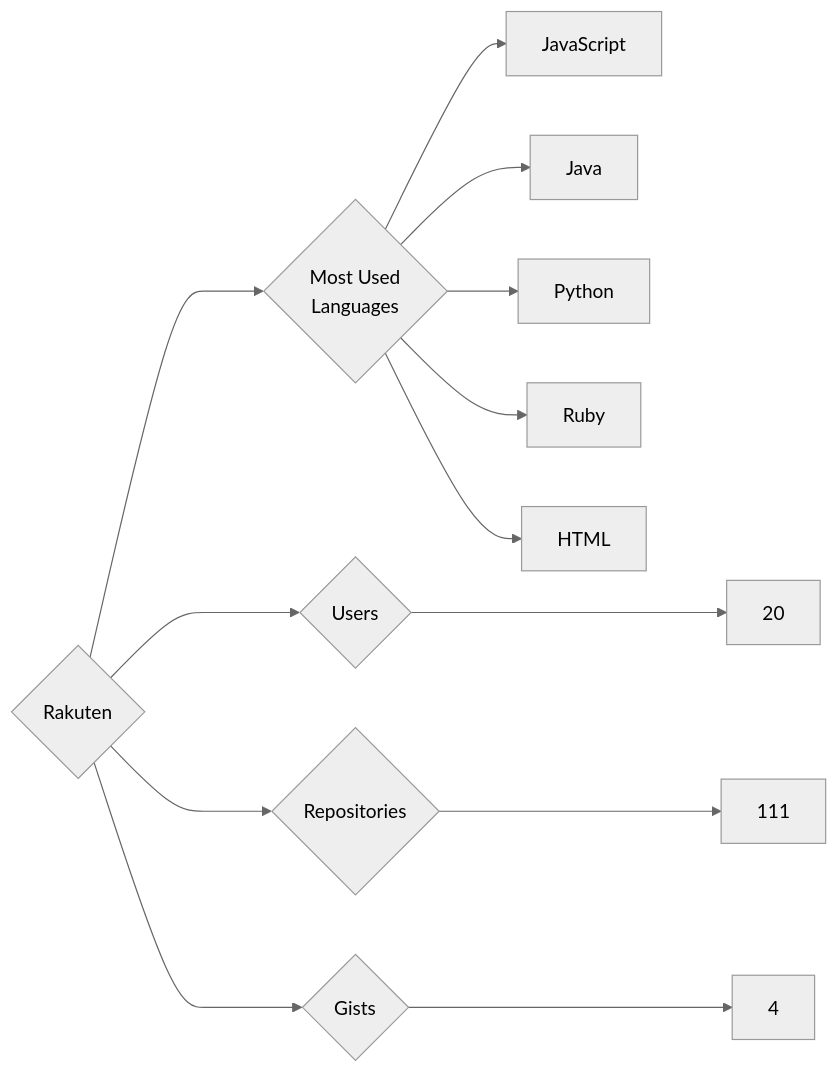
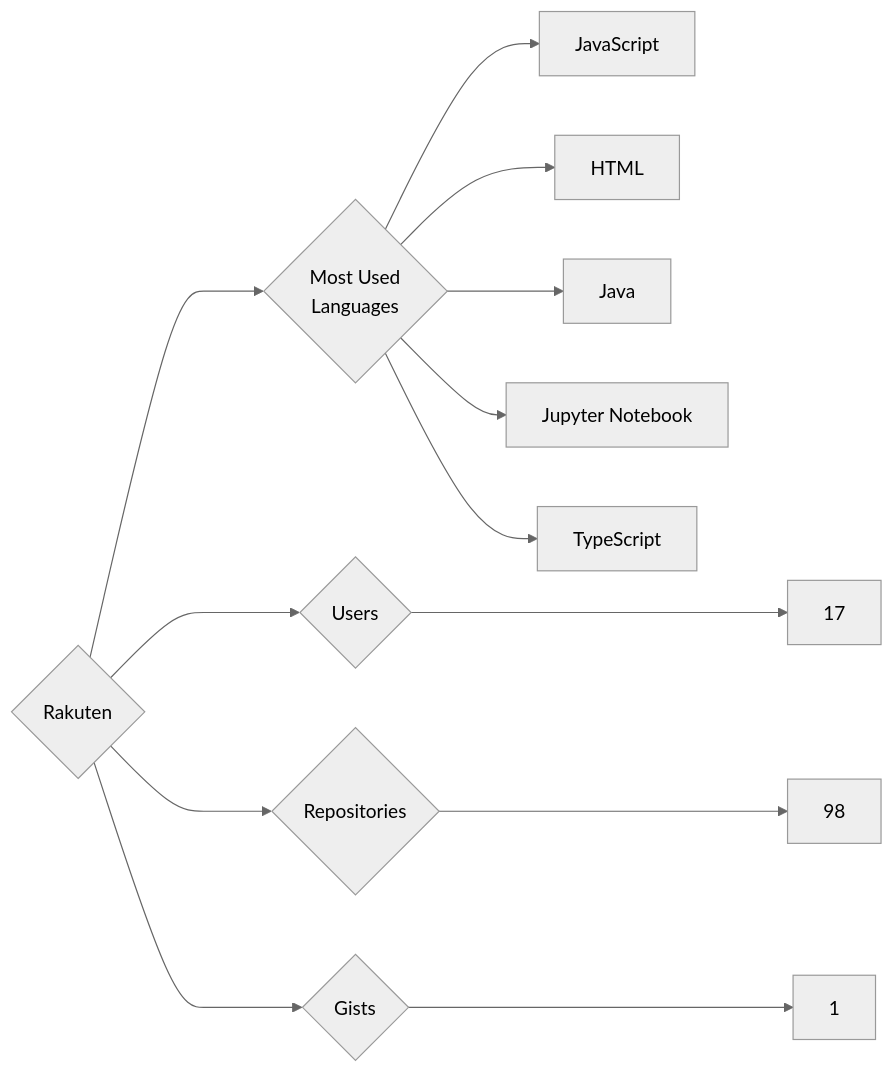
The diagram in targets/Rakuten/README.md (trickest/insiders), drawn with Mermaid (neutral theme) before and after one commit. The commit also changed 912 other files, not shown here.

````diff
--- a/targets/Rakuten/README.md
+++ b/targets/Rakuten/README.md
@@ -3,13 +3,13 @@
 ```mermaid
 graph LR
 COMPANY_NAME{Rakuten}
-COMPANY_NAME ---> U{Users} ---> UN[20]
-COMPANY_NAME ---> R{Repositories} ---> RN[111]
-COMPANY_NAME ---> G{Gists} ---> GN[4]
+COMPANY_NAME ---> U{Users} ---> UN[17]
+COMPANY_NAME ---> R{Repositories} ---> RN[98]
+COMPANY_NAME ---> G{Gists} ---> GN[1]
 COMPANY_NAME ---> ML{Most Used<br>Languages}
 ML --> JavaScript[JavaScript]
+ML --> HTML[HTML]
 ML --> Java[Java]
-ML --> Python[Python]
-ML --> Ruby[Ruby]
-ML --> HTML[HTML]
+ML --> Jupyter_Notebook[Jupyter Notebook]
+ML --> TypeScript[TypeScript]
 ```
````
